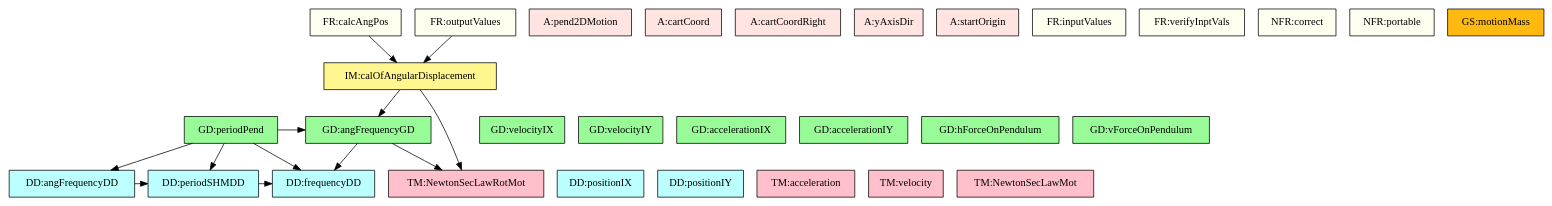
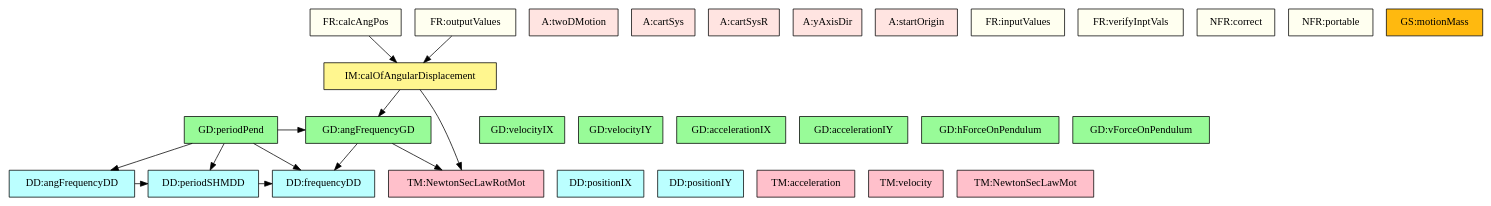
The diagram in code/stable/sglpendulum/TraceyGraph/allvsall.dot (JacquesCarette/Drasil), drawn with Graphviz before and after one commit. The commit also changed 7 other files, not shown here.

```diff
--- a/code/stable/sglpendulum/TraceyGraph/allvsall.dot
+++ b/code/stable/sglpendulum/TraceyGraph/allvsall.dot
@@ -1,88 +1,88 @@
 digraph allvsall {
 	angularFrequency -> period;
 	period -> frequency;
 	angFrequencyGD -> frequency;
 	angFrequencyGD -> newtonSLR;
 	periodPendGD -> frequency;
 	periodPendGD -> angularFrequency;
 	periodPendGD -> period;
 	periodPendGD -> angFrequencyGD;
 	angularDisplacementIM -> newtonSLR;
 	angularDisplacementIM -> angFrequencyGD;
 	calcAngPos -> angularDisplacementIM;
 	outputValues -> angularDisplacementIM;
 
 
-	pend2DMotion	[shape=box, color=black, style=filled, fillcolor=mistyrose, label="A:pend2DMotion"];
-	cartCoord	[shape=box, color=black, style=filled, fillcolor=mistyrose, label="A:cartCoord"];
-	cartCoordRight	[shape=box, color=black, style=filled, fillcolor=mistyrose, label="A:cartCoordRight"];
+	twoDMotion	[shape=box, color=black, style=filled, fillcolor=mistyrose, label="A:twoDMotion"];
+	cartSys	[shape=box, color=black, style=filled, fillcolor=mistyrose, label="A:cartSys"];
+	cartSysR	[shape=box, color=black, style=filled, fillcolor=mistyrose, label="A:cartSysR"];
 	yAxisDir	[shape=box, color=black, style=filled, fillcolor=mistyrose, label="A:yAxisDir"];
 	startOrigin	[shape=box, color=black, style=filled, fillcolor=mistyrose, label="A:startOrigin"];
 
 	subgraph A {
 	rank="same"
-	{pend2DMotion, cartCoord, cartCoordRight, yAxisDir, startOrigin}
+	{twoDMotion, cartSys, cartSysR, yAxisDir, startOrigin}
 	}
 
 	ixPos	[shape=box, color=black, style=filled, fillcolor=paleturquoise1, label="DD:positionIX"];
 	iyPos	[shape=box, color=black, style=filled, fillcolor=paleturquoise1, label="DD:positionIY"];
 	frequency	[shape=box, color=black, style=filled, fillcolor=paleturquoise1, label="DD:frequencyDD"];
 	angularFrequency	[shape=box, color=black, style=filled, fillcolor=paleturquoise1, label="DD:angFrequencyDD"];
 	period	[shape=box, color=black, style=filled, fillcolor=paleturquoise1, label="DD:periodSHMDD"];
 
 	subgraph DD {
 	rank="same"
 	{ixPos, iyPos, frequency, angularFrequency, period}
 	}
 
 	accelerationTM	[shape=box, color=black, style=filled, fillcolor=pink, label="TM:acceleration"];
 	velocityTM	[shape=box, color=black, style=filled, fillcolor=pink, label="TM:velocity"];
 	newtonSL	[shape=box, color=black, style=filled, fillcolor=pink, label="TM:NewtonSecLawMot"];
 	newtonSLR	[shape=box, color=black, style=filled, fillcolor=pink, label="TM:NewtonSecLawRotMot"];
 
 	subgraph TM {
 	rank="same"
 	{accelerationTM, velocityTM, newtonSL, newtonSLR}
 	}
 
 	xVel	[shape=box, color=black, style=filled, fillcolor=palegreen, label="GD:velocityIX"];
 	yVel	[shape=box, color=black, style=filled, fillcolor=palegreen, label="GD:velocityIY"];
 	xScalAcc	[shape=box, color=black, style=filled, fillcolor=palegreen, label="GD:accelerationIX"];
 	yScalAcc	[shape=box, color=black, style=filled, fillcolor=palegreen, label="GD:accelerationIY"];
 	hForceOnPendulum	[shape=box, color=black, style=filled, fillcolor=palegreen, label="GD:hForceOnPendulum"];
 	vForceOnPendulum	[shape=box, color=black, style=filled, fillcolor=palegreen, label="GD:vForceOnPendulum"];
 	angFrequencyGD	[shape=box, color=black, style=filled, fillcolor=palegreen, label="GD:angFrequencyGD"];
 	periodPendGD	[shape=box, color=black, style=filled, fillcolor=palegreen, label="GD:periodPend"];
 
 	subgraph GD {
 	rank="same"
 	{xVel, yVel, xScalAcc, yScalAcc, hForceOnPendulum, vForceOnPendulum, angFrequencyGD, periodPendGD}
 	}
 
 	angularDisplacementIM	[shape=box, color=black, style=filled, fillcolor=khaki1, label="IM:calOfAngularDisplacement"];
 
 	subgraph IM {
 	rank="same"
 	{angularDisplacementIM}
 	}
 
 	inputValues	[shape=box, color=black, style=filled, fillcolor=ivory, label="FR:inputValues"];
 	verifyInptVals	[shape=box, color=black, style=filled, fillcolor=ivory, label="FR:verifyInptVals"];
 	calcAngPos	[shape=box, color=black, style=filled, fillcolor=ivory, label="FR:calcAngPos"];
 	outputValues	[shape=box, color=black, style=filled, fillcolor=ivory, label="FR:outputValues"];
 	correct	[shape=box, color=black, style=filled, fillcolor=ivory, label="NFR:correct"];
 	portable	[shape=box, color=black, style=filled, fillcolor=ivory, label="NFR:portable"];
 
 	subgraph FR {
 	rank="same"
 	{inputValues, verifyInptVals, calcAngPos, outputValues, correct, portable}
 	}
 
 	motionMass	[shape=box, color=black, style=filled, fillcolor=darkgoldenrod1, label="GS:motionMass"];
 
 	subgraph GS {
 	rank="same"
 	{motionMass}
 	}
 
 }
```
